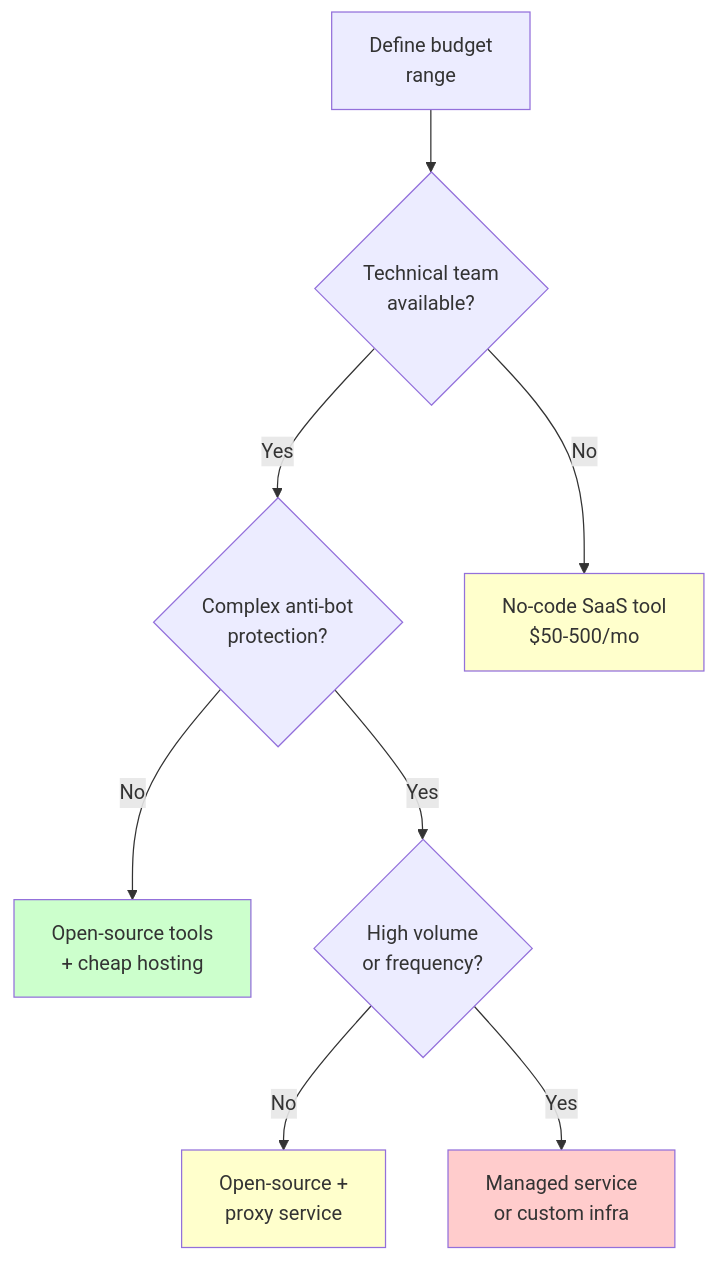
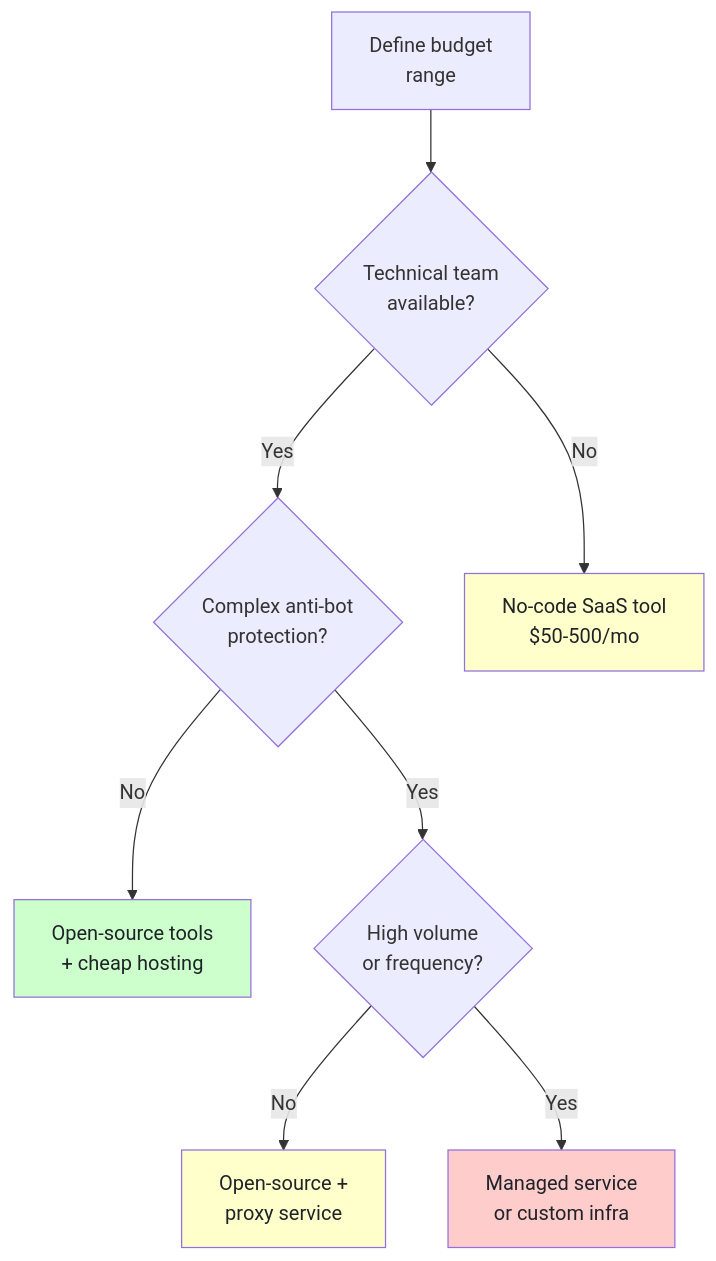
The second of 6 diagrams in _posts/2026-02-05-what-questions-to-ask-choosing-data-extraction-solution.md (bytetunnels/bytetunnels.github.com), drawn with Mermaid before and after one commit. The commit also changed other lines of this file and 118 other files, not shown here.

Commit message:
feat: improve diagram styling and compact wide flowcharts

````diff
--- a/_posts/2026-02-05-what-questions-to-ask-choosing-data-extraction-solution.md
+++ b/_posts/2026-02-05-what-questions-to-ask-choosing-data-extraction-solution.md
@@ -185,15 +185,15 @@
 ```mermaid
 flowchart TD
     A["Define budget<br>range"] --> B{"Technical team<br>available?"}
     B -->|"Yes"| C{"Complex anti-bot<br>protection?"}
     B -->|"No"| D["No-code SaaS tool<br>$50-500/mo"]
     C -->|"No"| E["Open-source tools<br>+ cheap hosting"]
     C -->|"Yes"| F{"High volume<br>or frequency?"}
     F -->|"No"| G["Open-source +<br>proxy service"]
     F -->|"Yes"| H["Managed service<br>or custom infra"]
 
-    style D fill:#ffffcc
-    style E fill:#ccffcc
-    style G fill:#ffffcc
-    style H fill:#ffcccc
+    style D fill:#ffffcc,color:#1f2328
+    style E fill:#ccffcc,color:#1f2328
+    style G fill:#ffffcc,color:#1f2328
+    style H fill:#ffcccc,color:#1f2328
 ```
````
